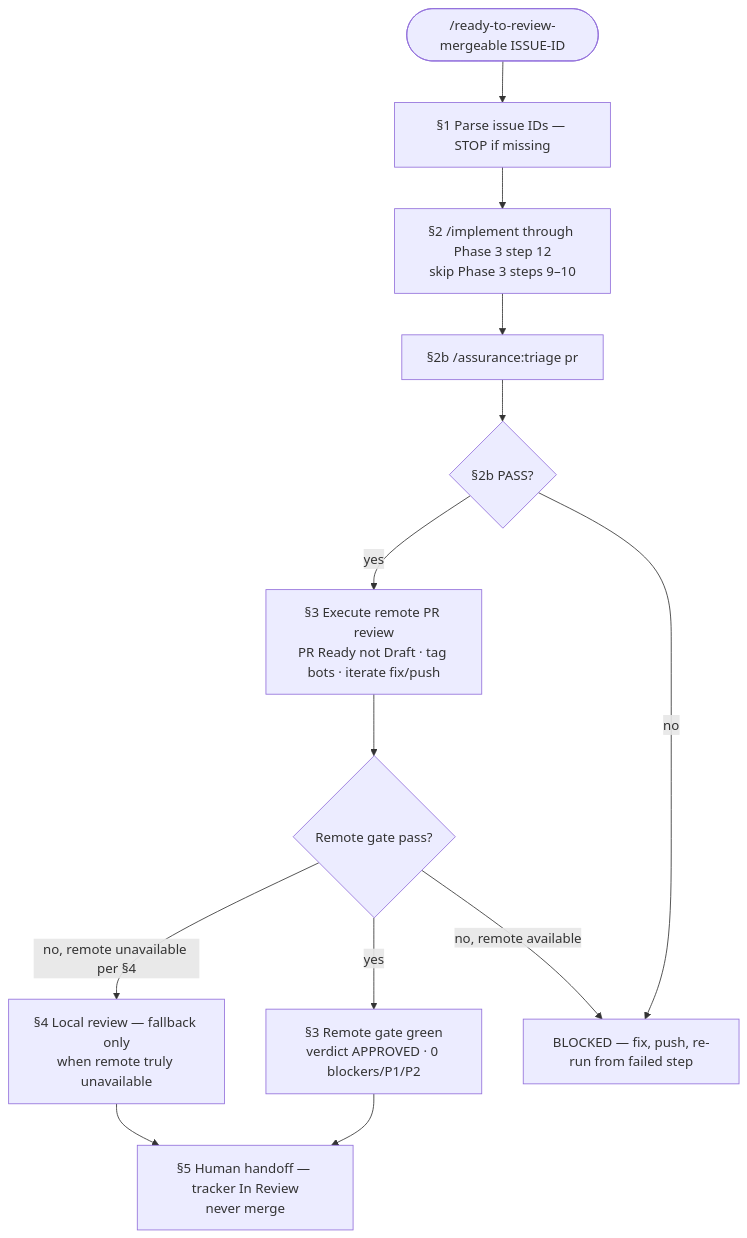
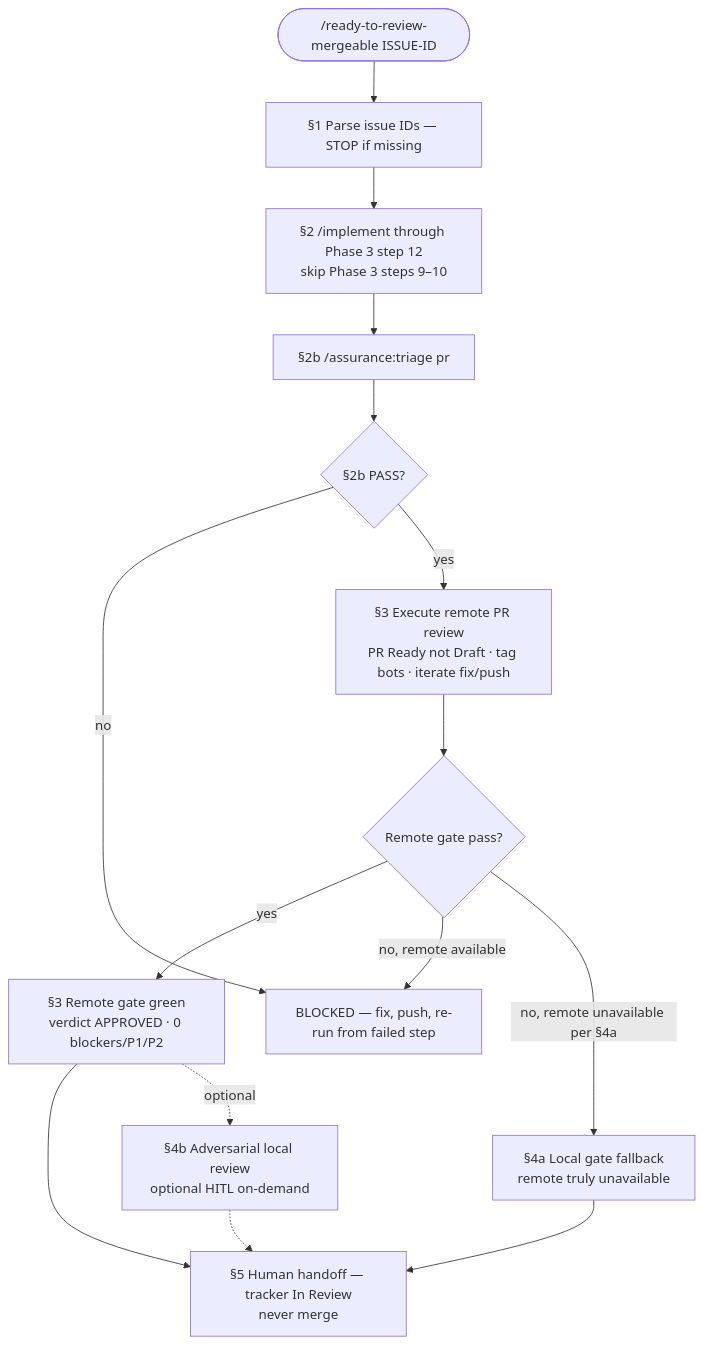
One commit to chimeranext/better-toolkits changed the diagram in toolkits/make-no-mistakes-toolkit/references/ready-to-review-mergeable/protocol.md. Above: the diagram before and after it, drawn with Mermaid. The commit also changed other lines of this file and 1 other file, not shown here.

First line of the commit message:
docs(make-no-mistakes): §4a gate fallback vs §4b adversarial HITL local review

````diff
--- a/toolkits/make-no-mistakes-toolkit/references/ready-to-review-mergeable/protocol.md
+++ b/toolkits/make-no-mistakes-toolkit/references/ready-to-review-mergeable/protocol.md
@@ -51,21 +51,24 @@
 ```mermaid
 flowchart TD
   start(["/ready-to-review-mergeable ISSUE-ID"])
   s1["§1 Parse issue IDs — STOP if missing"]
   s2["§2 /implement through Phase 3 step 12<br/>skip Phase 3 steps 9–10"]
   s2b["§2b /assurance:triage pr"]
   ass{"§2b PASS?"}
   s3["§3 Execute remote PR review<br/>PR Ready not Draft · tag bots · iterate fix/push"]
   rem{"Remote gate pass?"}
   s3ok["§3 Remote gate green<br/>verdict APPROVED · 0 blockers/P1/P2"]
-  s4["§4 Local review — fallback only<br/>when remote truly unavailable"]
+  s4["§4a Local gate fallback<br/>remote truly unavailable"]
+  s4b["§4b Adversarial local review<br/>optional HITL on-demand"]
   s5["§5 Human handoff — tracker In Review<br/>never merge"]
   blocked["BLOCKED — fix, push, re-run from failed step"]
 
   start --> s1 --> s2 --> s2b --> ass
   ass -->|no| blocked
   ass -->|yes| s3 --> rem
   rem -->|yes| s3ok --> s5
   rem -->|no, remote available| blocked
-  rem -->|no, remote unavailable per §4| s4 --> s5
+  rem -->|no, remote unavailable per §4a| s4 --> s5
+  s3ok -.->|optional| s4b
+  s4b -.-> s5
 ```
````
